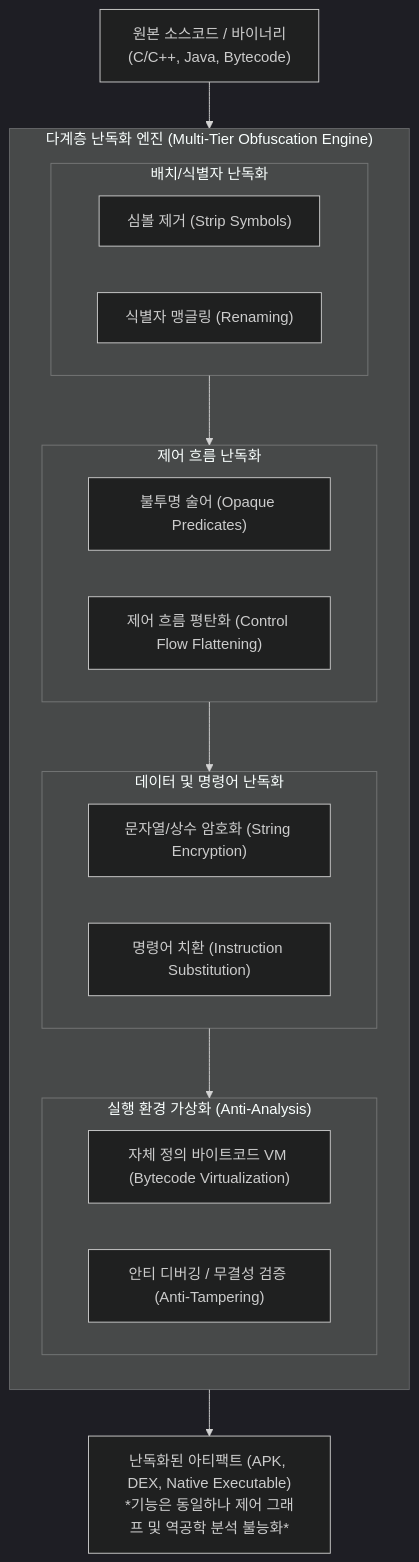
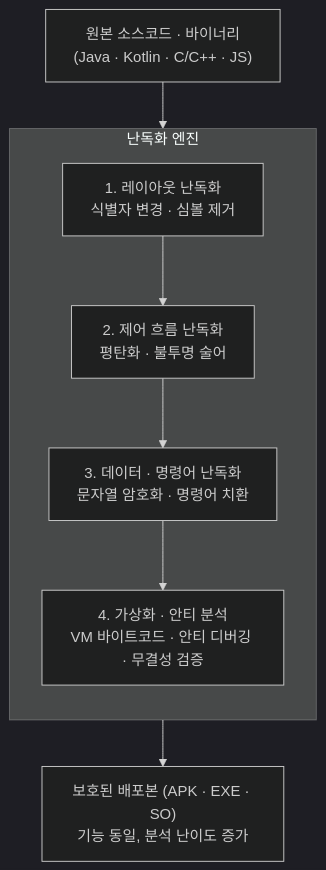
One commit to supremethumb/supremethumb.github.io changed the diagram in content/01_IT Tech/난독화.md. Above: the diagram before and after it, drawn with Mermaid (dark theme). The commit also changed other lines of this file and 1087 other files, not shown here.

````diff
--- a/content/01_IT Tech/난독화.md
+++ b/content/01_IT Tech/난독화.md
@@ -28,36 +39,14 @@
 ```mermaid
 flowchart TB
-    SRC["원본 소스코드 / 바이너리<br/>(C/C++, Java, Bytecode)"]
-
-    subgraph ENGINE["다계층 난독화 엔진 (Multi-Tier Obfuscation Engine)"]
+    SRC["원본 소스코드 · 바이너리<br/>(Java · Kotlin · C/C++ · JS)"]
+    subgraph ENGINE["난독화 엔진"]
         direction TB
-
-        subgraph L1["배치/식별자 난독화"]
-            M1["심볼 제거 (Strip Symbols)"]
-            M2["식별자 맹글링 (Renaming)"]
-        end
-
-        subgraph L2["제어 흐름 난독화"]
-            C1["불투명 술어 (Opaque Predicates)"]
-            C2["제어 흐름 평탄화 (Control Flow Flattening)"]
-        end
-
-        subgraph L3["데이터 및 명령어 난독화"]
-            D1["문자열/상수 암호화 (String Encryption)"]
-            D2["명령어 치환 (Instruction Substitution)"]
-        end
-
-        subgraph L4["실행 환경 가상화 (Anti-Analysis)"]
-            V1["자체 정의 바이트코드 VM (Bytecode Virtualization)"]
-            V2["안티 디버깅 / 무결성 검증 (Anti-Tampering)"]
-        end
-
+        L1["1. 레이아웃 난독화<br/>식별자 변경 · 심볼 제거"]
+        L2["2. 제어 흐름 난독화<br/>평탄화 · 불투명 술어"]
+        L3["3. 데이터 · 명령어 난독화<br/>문자열 암호화 · 명령어 치환"]
+        L4["4. 가상화 · 안티 분석<br/>VM 바이트코드 · 안티 디버깅 · 무결성 검증"]
         L1 --> L2 --> L3 --> L4
     end
-
-    OBF_BIN["난독화된 아티팩트 (APK, DEX, Native Executable)<br/>*기능은 동일하나 제어 그래프 및 역공학 분석 불능화*"]
-
-    SRC --> ENGINE
-    ENGINE --> OBF_BIN
-
+    OUT["보호된 배포본 (APK · EXE · SO)<br/>기능 동일, 분석 난이도 증가"]
+    SRC --> ENGINE --> OUT
 ```
````
